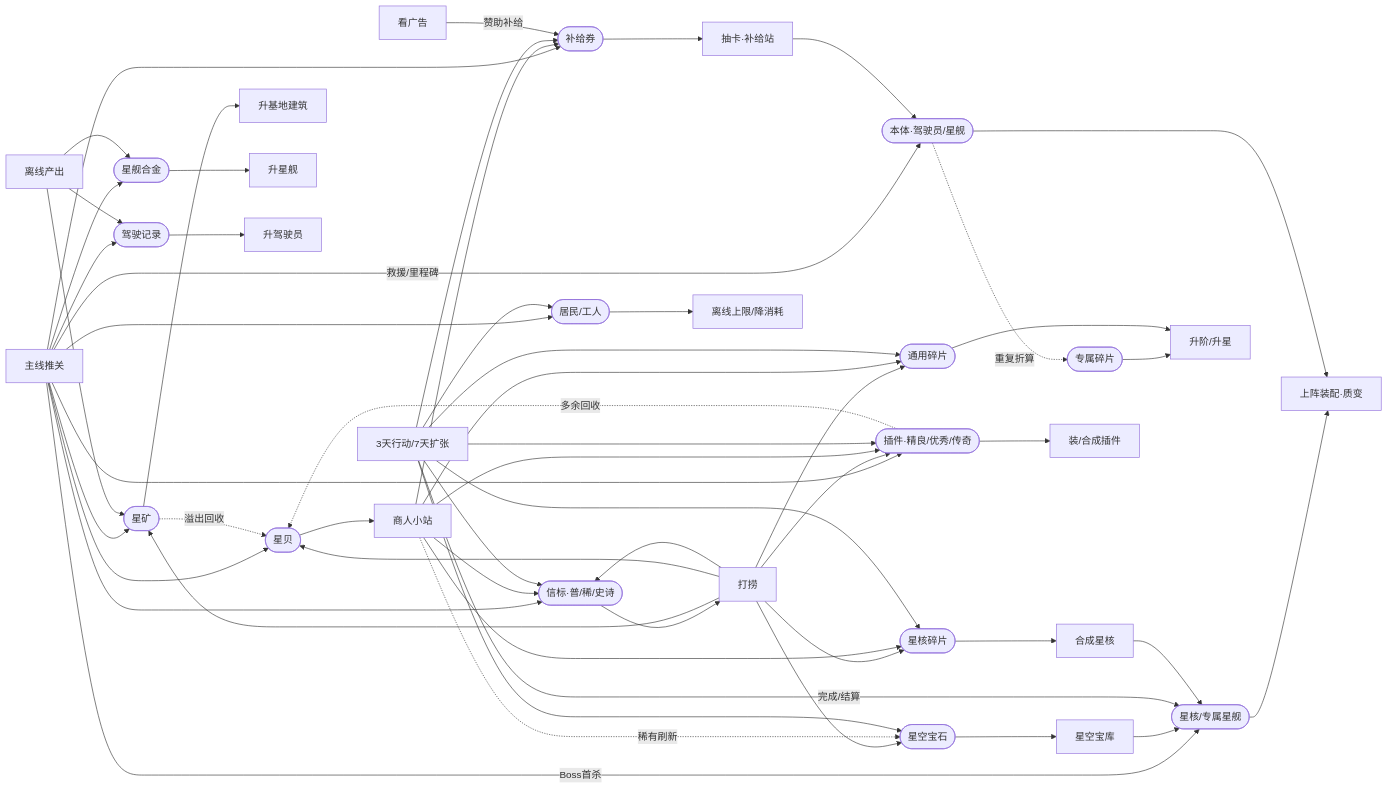
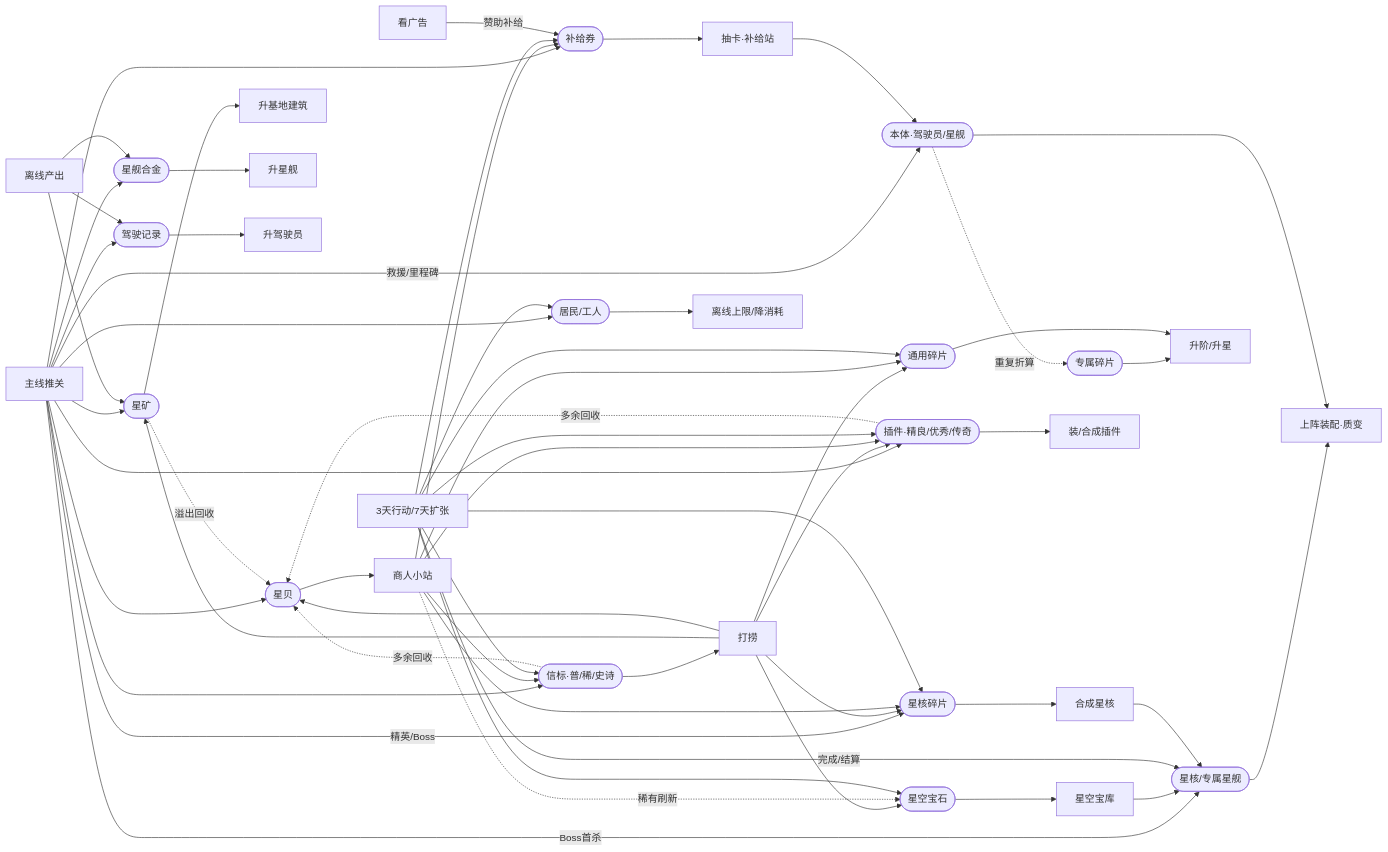
Before and after one commit to rongshouquan/wechat-game: the second of 4 diagrams in 《我的星舰小队》/设计可视化-v0.1.md, drawn with Mermaid. The commit also changed other lines of this file and 1 other file, not shown here.

Commit message:
《我的星舰小队》: 修正设计可视化图② / 图③自查错误
- 图②: 删除错误的打捞→信标(打捞不产信标); 补主线(精英/Boss)→星核碎片; 补信标→多余回收→星贝
- 图③: 普攻从技能列表拆出(普攻持续输出, 技能才被动/条件/CD三类触发)

````diff
--- a/《我的星舰小队》/设计可视化-v0.1.md
+++ b/《我的星舰小队》/设计可视化-v0.1.md
@@ -36,72 +36,74 @@
 ```mermaid
 flowchart LR
   %% 来源
   main["主线推关"]
   off["离线产出"]
   salv["打捞"]
   gacha["抽卡·补给站"]
   shop["商人小站"]
   vault["星空宝库"]
   act["3天行动/7天扩张"]
   adv["看广告"]
 
   %% 货币/物品（中间枢纽）
   ore(["星矿"])
   alloy(["星舰合金"])
   rec(["驾驶记录"])
   shell(["星贝"])
   ticket(["补给券"])
   sfrag(["专属碎片"])
   gfrag(["通用碎片"])
   cfrag(["星核碎片"])
   gem(["星空宝石"])
   beacon(["信标·普/稀/史诗"])
   plugin(["插件·精良/优秀/传奇"])
   pop(["居民/工人"])
   core(["星核/专属星舰"])
   unit(["本体·驾驶员/星舰"])
 
   %% 去向（消耗）
   base["升基地建筑"]
   upship["升星舰"]
   uppilot["升驾驶员"]
   upg["升阶/升星"]
   craft["合成星核"]
   equip["装/合成插件"]
   cap["离线上限/降消耗"]
   asm["上阵装配·质变"]
 
   %% 来源→货币
   main --> ore & alloy & rec & shell & ticket & plugin & pop & beacon
   main -->|Boss首杀| core
   main -->|救援/里程碑| unit
+  main -->|精英/Boss| cfrag
   off --> ore & alloy & rec
-  salv --> ore & shell & cfrag & gfrag & plugin & gem & beacon
+  salv --> ore & shell & cfrag & gfrag & plugin & gem
   gacha --> unit
   unit -. 重复折算 .-> sfrag
   shop --> beacon & gfrag & plugin & ticket & cfrag
   shop -. 稀有刷新 .-> gem
   vault --> core
   act --> beacon & ticket & gfrag & plugin & cfrag & gem & pop
   act -->|完成/结算| core
   adv -->|赞助补给| ticket
 
   %% 货币→去向（部分被系统回吃，形成闭环）
   ore --> base
   ore -. 溢出回收 .-> shell
   alloy --> upship
   rec --> uppilot
   shell --> shop
   ticket --> gacha
   sfrag --> upg
   gfrag --> upg
   cfrag --> craft
   craft --> core
   gem --> vault
   beacon --> salv
+  beacon -. 多余回收 .-> shell
   plugin --> equip
   plugin -. 多余回收 .-> shell
   pop --> cap
   core --> asm
   unit --> asm
 ```
````
